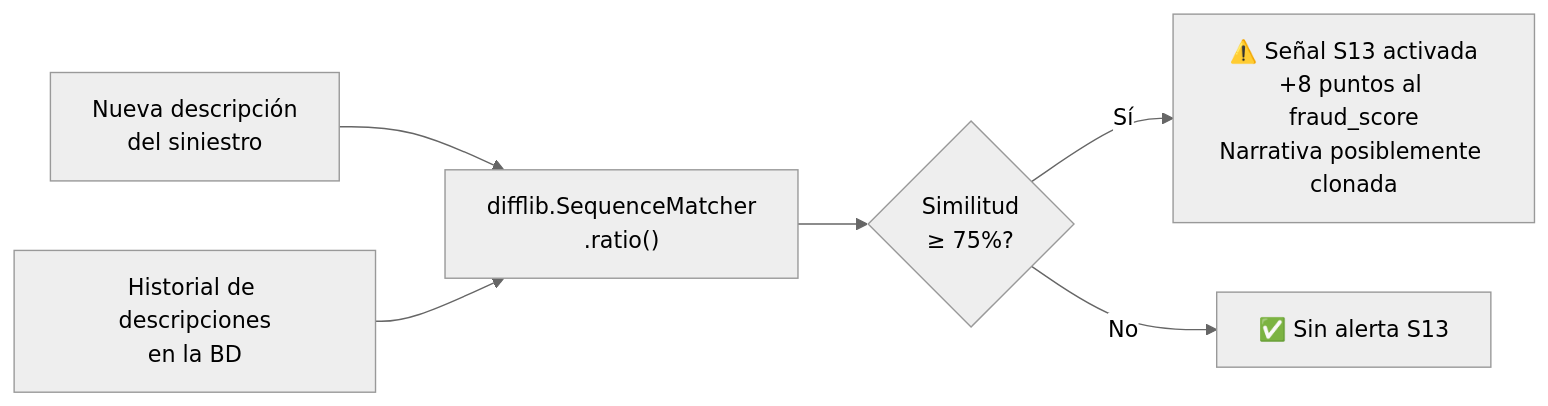
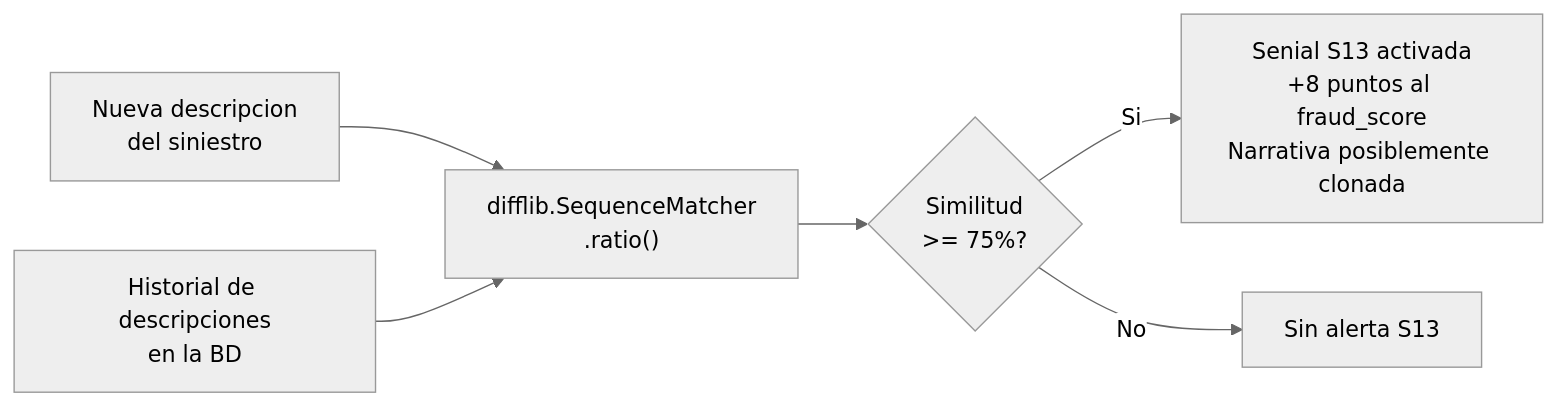
Before and after one commit to yosuSALA/Final-reto: the fourth of 4 diagrams in docs/diagramas/diagrama_uso_ia.md, drawn with Mermaid (neutral theme). The commit also changed other lines of this file and 46 other files, not shown here.

````diff
--- a/docs/diagramas/diagrama_uso_ia.md
+++ b/docs/diagramas/diagrama_uso_ia.md
@@ -105,8 +102,8 @@
 ```mermaid
 flowchart LR
-    NEW["Nueva descripción\ndel siniestro"] --> SM["difflib.SequenceMatcher\n.ratio()"]
+    NEW["Nueva descripcion\ndel siniestro"] --> SM["difflib.SequenceMatcher\n.ratio()"]
     HIST["Historial de descripciones\nen la BD"] --> SM
-    SM --> RATIO{Similitud\n≥ 75%?}
-    RATIO -->|"Sí"| ALERT["⚠️ Señal S13 activada\n+8 puntos al fraud_score\nNarrativa posiblemente clonada"]
-    RATIO -->|"No"| PASS["✅ Sin alerta S13"]
+    SM --> RATIO{Similitud\n>= 75%?}
+    RATIO -->|"Si"| ALERT["Senial S13 activada\n+8 puntos al fraud_score\nNarrativa posiblemente clonada"]
+    RATIO -->|"No"| PASS["Sin alerta S13"]
 ```
````
